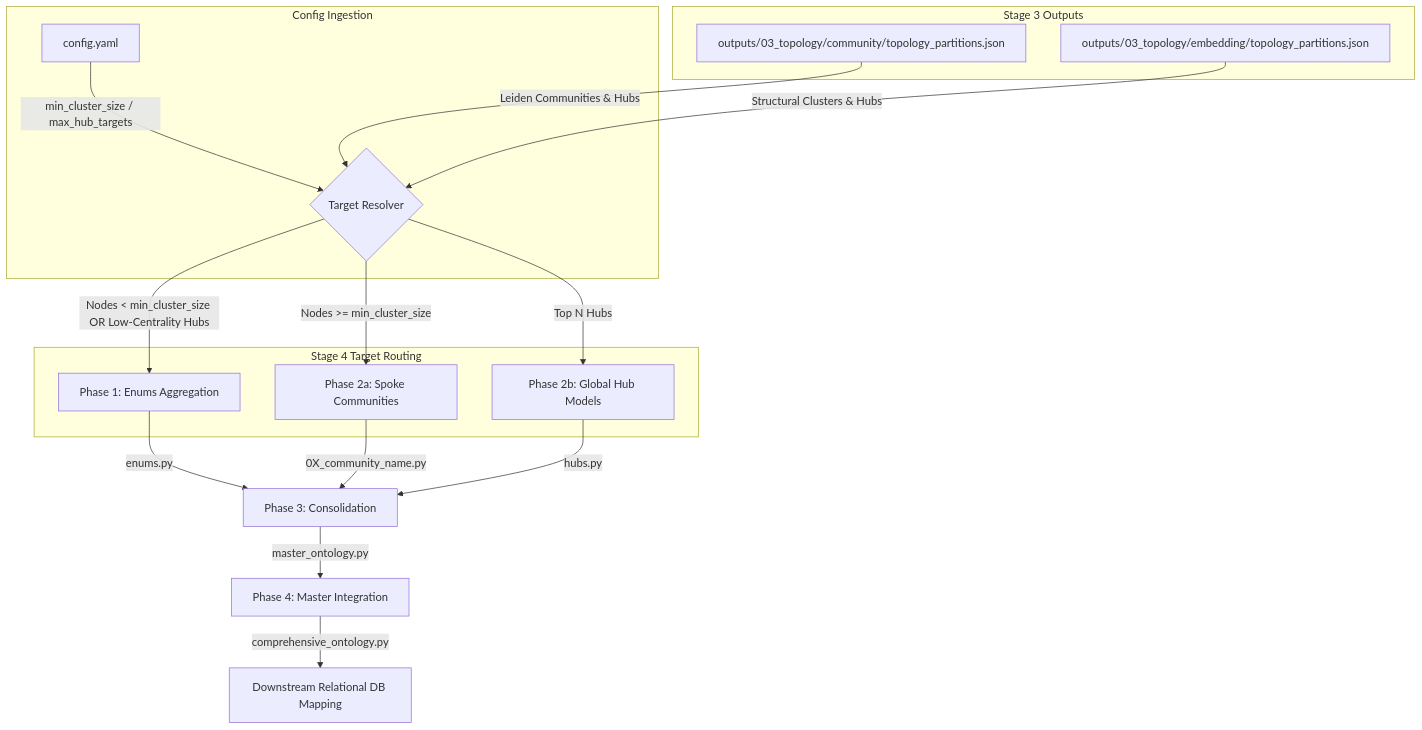
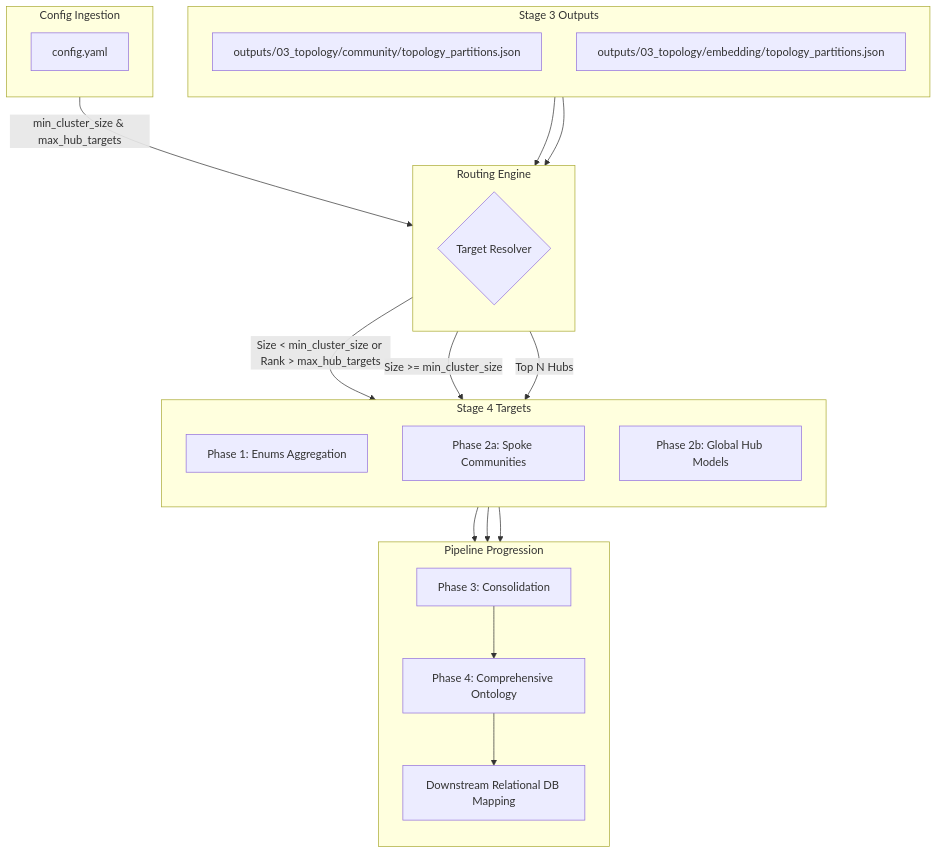
One commit to childmindresearch/SemanticPrism changed the third of 4 diagrams in README.md. Above: the diagram before and after it, drawn with Mermaid. The commit also changed other lines of this file, not shown here.

````diff
--- a/README.md
+++ b/README.md
@@ -104,27 +115,47 @@
 ```mermaid
 graph TD
     subgraph Stage 3 Outputs
+        direction TB
         S3_Comm["outputs/03_topology/community/topology_partitions.json"]
         S3_Emb["outputs/03_topology/embedding/topology_partitions.json"]
     end
 
     subgraph Config Ingestion
-        Conf["config.yaml"] -->|min_cluster_size / max_hub_targets| TargetResolv{"Target Resolver"}
+        direction TB
+        Conf["config.yaml"]
     end
 
-    S3_Comm -->|Leiden Communities & Hubs| TargetResolv
-    S3_Emb -->|Structural Clusters & Hubs| TargetResolv
-
-    subgraph Stage 4 Target Routing
-        TargetResolv -->|Nodes < min_cluster_size OR Low-Centrality Hubs| Phase1["Phase 1: Enums Aggregation"]
-        TargetResolv -->|Nodes >= min_cluster_size| Phase2a["Phase 2a: Spoke Communities"]
-        TargetResolv -->|Top N Hubs| Phase2b["Phase 2b: Global Hub Models"]
+    subgraph Routing Engine
+        direction TB
+        TargetResolv{"Target Resolver"}
     end
 
-    Phase1 -->|enums.py| PassConsol["Phase 3: Consolidation"]
-    Phase2a -->|0X_community_name.py| PassConsol
-    Phase2b -->|hubs.py| PassConsol
+    S3_Comm --> TargetResolv
+    S3_Emb --> TargetResolv
+    Conf -->|"min_cluster_size & max_hub_targets"| TargetResolv
+
+    subgraph Stage 4 Targets
+        direction TB
+        Phase1["Phase 1: Enums Aggregation"]
+        Phase2a["Phase 2a: Spoke Communities"]
+        Phase2b["Phase 2b: Global Hub Models"]
+    end
+
+    TargetResolv -->|"Size < min_cluster_size or Rank > max_hub_targets"| Phase1
+    TargetResolv -->|"Size >= min_cluster_size"| Phase2a
+    TargetResolv -->|"Top N Hubs"| Phase2b
+
+    subgraph Pipeline Progression
+        direction TB
+        PassConsol["Phase 3: Consolidation"]
+        PassFinal["Phase 4: Comprehensive Ontology"]
+        RDB["Downstream Relational DB Mapping"]
+    end
+
+    Phase1 --> PassConsol
+    Phase2a --> PassConsol
+    Phase2b --> PassConsol
     
-    PassConsol -->|master_ontology.py| PassFinal["Phase 4: Master Integration"]
-    PassFinal -->|comprehensive_ontology.py| RDB["Downstream Relational DB Mapping"]
+    PassConsol --> PassFinal
+    PassFinal --> RDB
 ```
````
